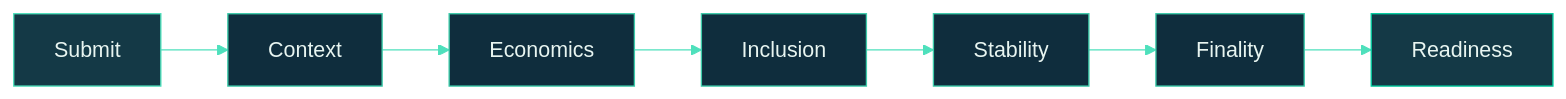
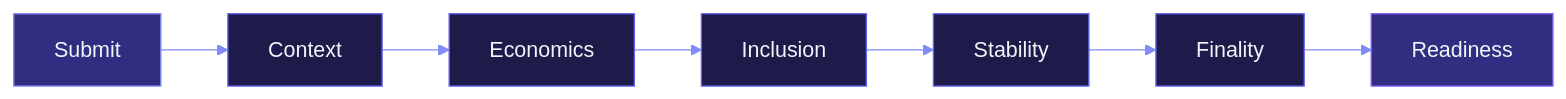
Before and after one commit to Myelin-Labs/Myelin: the sixth of 10 diagrams in docs/reference/architecture-diagrams.md, drawn with Mermaid. The commit also changed other lines of this file and 31 other files, not shown here.

````diff
--- a/docs/reference/architecture-diagrams.md
+++ b/docs/reference/architecture-diagrams.md
@@ -207,27 +207,27 @@
 ```mermaid
 %%{init: {
   "theme": "base",
   "themeVariables": {
-    "primaryColor": "#0F2D3D",
-    "primaryTextColor": "#E8F5F1",
-    "primaryBorderColor": "#3CCBAA",
-    "lineColor": "#4EE0BC",
-    "secondaryColor": "#143946",
-    "tertiaryColor": "#1A4253"
+    "primaryColor": "#1E1B4B",
+    "primaryTextColor": "#F1F5F9",
+    "primaryBorderColor": "#6366F1",
+    "lineColor": "#818CF8",
+    "secondaryColor": "#312E81",
+    "tertiaryColor": "#3730A3"
   }
 }}%%
 flowchart LR
     A["Submit"]:::in
     B["Context"]:::step
     C["Economics"]:::step
     D["Inclusion"]:::step
     E["Stability"]:::step
     F["Finality"]:::step
     G["Readiness"]:::out
 
     A --> B --> C --> D --> E --> F --> G
 
-    classDef in   fill:#143946,stroke:#4EE0BC,color:#E8F5F1;
-    classDef step fill:#0F2D3D,stroke:#3CCBAA,color:#E8F5F1;
-    classDef out  fill:#143946,stroke:#00CC9F,color:#E8F5F1;
+    classDef in   fill:#312E81,stroke:#818CF8,color:#F1F5F9;
+    classDef step fill:#1E1B4B,stroke:#6366F1,color:#F1F5F9;
+    classDef out  fill:#312E81,stroke:#8B5CF6,color:#F1F5F9;
 ```
````
